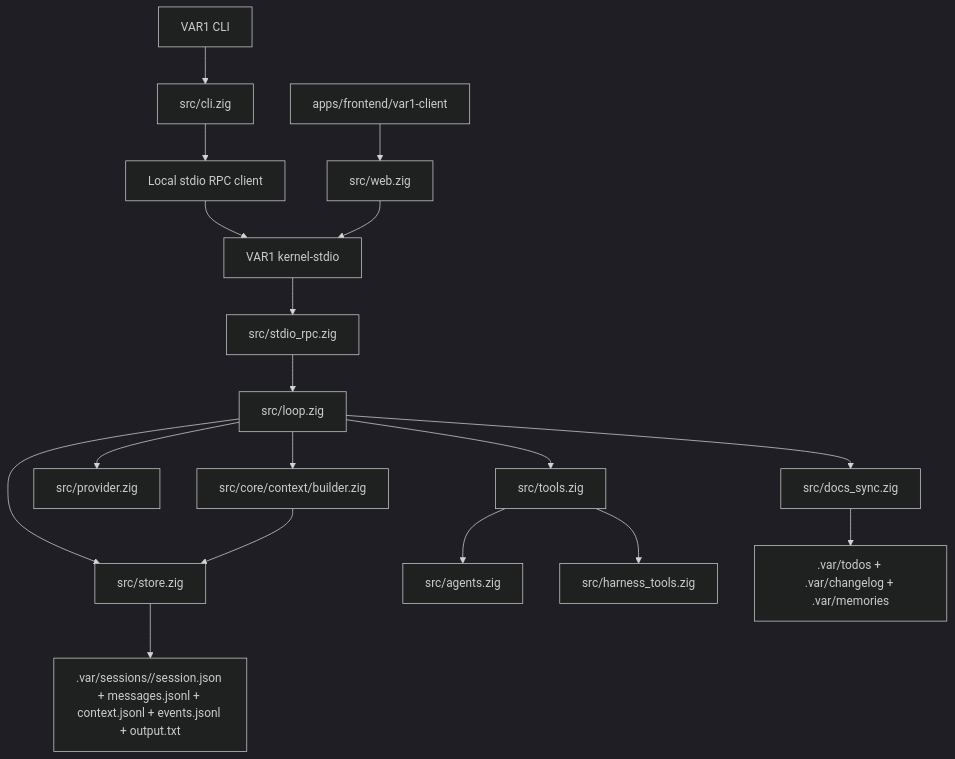
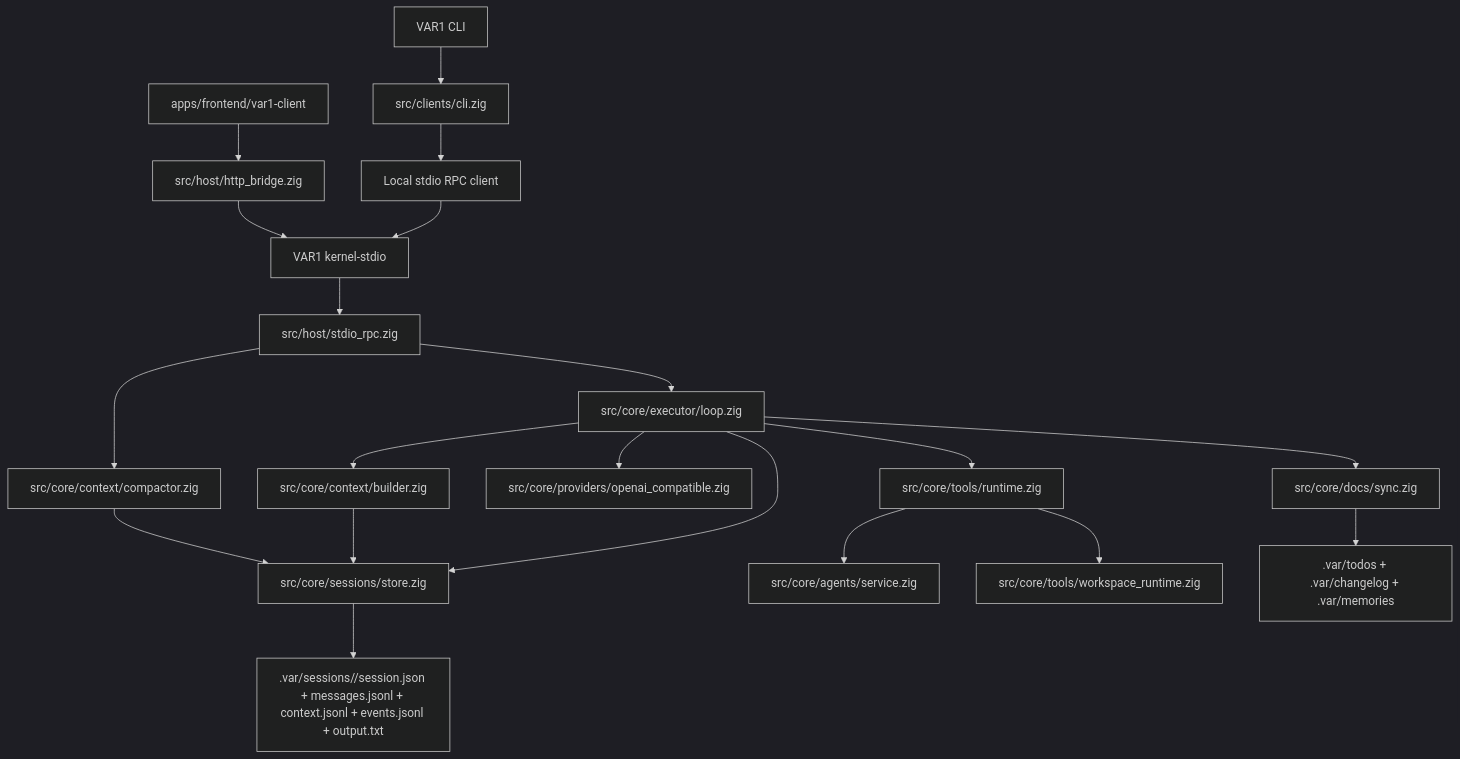
One commit to savageops/VANTARI-ONE changed the first of 5 diagrams in apps/backend/variant-1/architecture.md. Above: the diagram before and after it, drawn with Mermaid (dark theme). The commit also changed other lines of this file and 39 other files, not shown here.

First line of the commit message:
refactor/runtime: canonicalize VAR1 kernel ownership

````diff
--- a/apps/backend/variant-1/architecture.md
+++ b/apps/backend/variant-1/architecture.md
@@ -18,23 +17,25 @@
 ```mermaid
 flowchart TB
-  cli["VAR1 CLI"] --> client["src/cli.zig"]
-  browser["apps/frontend/var1-client"] --> bridge["src/web.zig"]
+  cli["VAR1 CLI"] --> client["src/clients/cli.zig"]
+  browser["apps/frontend/var1-client"] --> bridge["src/host/http_bridge.zig"]
 
   client --> rpcClient["Local stdio RPC client"]
   rpcClient --> kernel["VAR1 kernel-stdio"]
   bridge --> kernel
 
-  kernel --> host["src/stdio_rpc.zig"]
-  host --> executor["src/loop.zig"]
+  kernel --> host["src/host/stdio_rpc.zig"]
+  host --> executor["src/core/executor/loop.zig"]
+  host --> compactor["src/core/context/compactor.zig"]
   executor --> context["src/core/context/builder.zig"]
-  executor --> store["src/store.zig"]
-  executor --> provider["src/provider.zig"]
-  executor --> tools["src/tools.zig"]
-  tools --> agents["src/agents.zig"]
-  tools --> harness["src/harness_tools.zig"]
-  executor --> docs["src/docs_sync.zig"]
+  executor --> store["src/core/sessions/store.zig"]
+  executor --> provider["src/core/providers/openai_compatible.zig"]
+  executor --> tools["src/core/tools/runtime.zig"]
+  tools --> agents["src/core/agents/service.zig"]
+  tools --> workspaceState["src/core/tools/workspace_runtime.zig"]
+  executor --> docs["src/core/docs/sync.zig"]
 
   context --> store
+  compactor --> store
   store --> sessionRoot[".var/sessions/<id>/session.json + messages.jsonl + context.jsonl + events.jsonl + output.txt"]
   docs --> processRoot[".var/todos + .var/changelog + .var/memories"]
 ```
````
